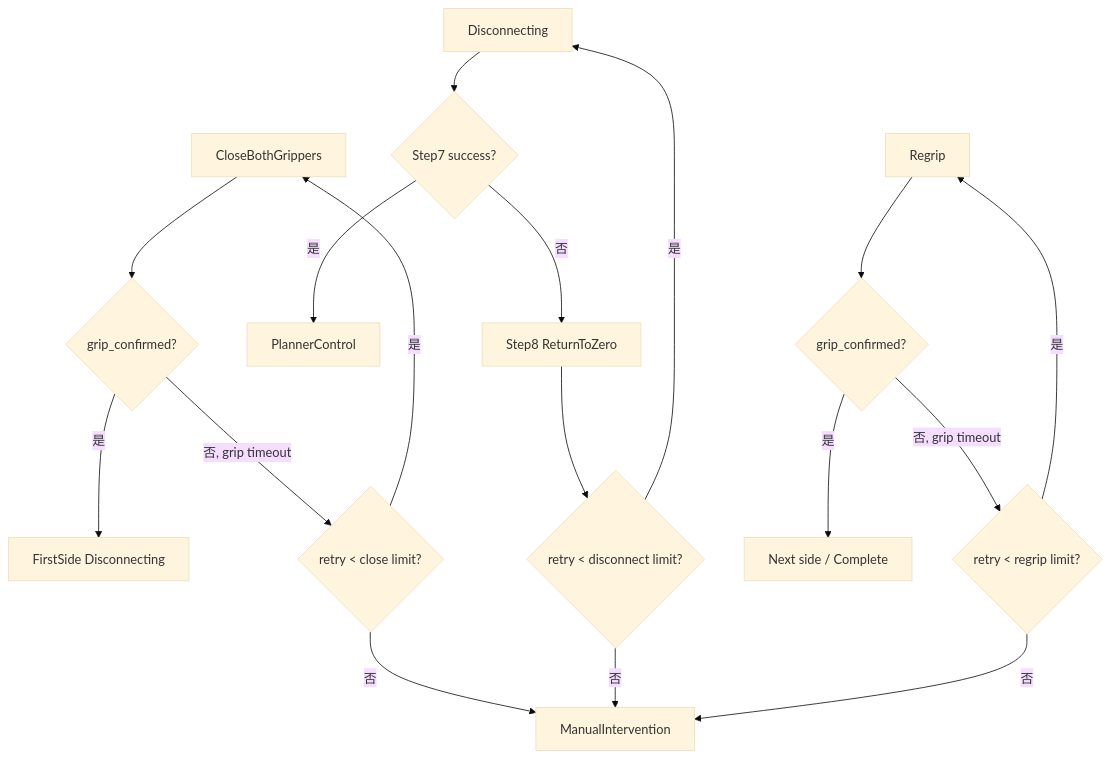
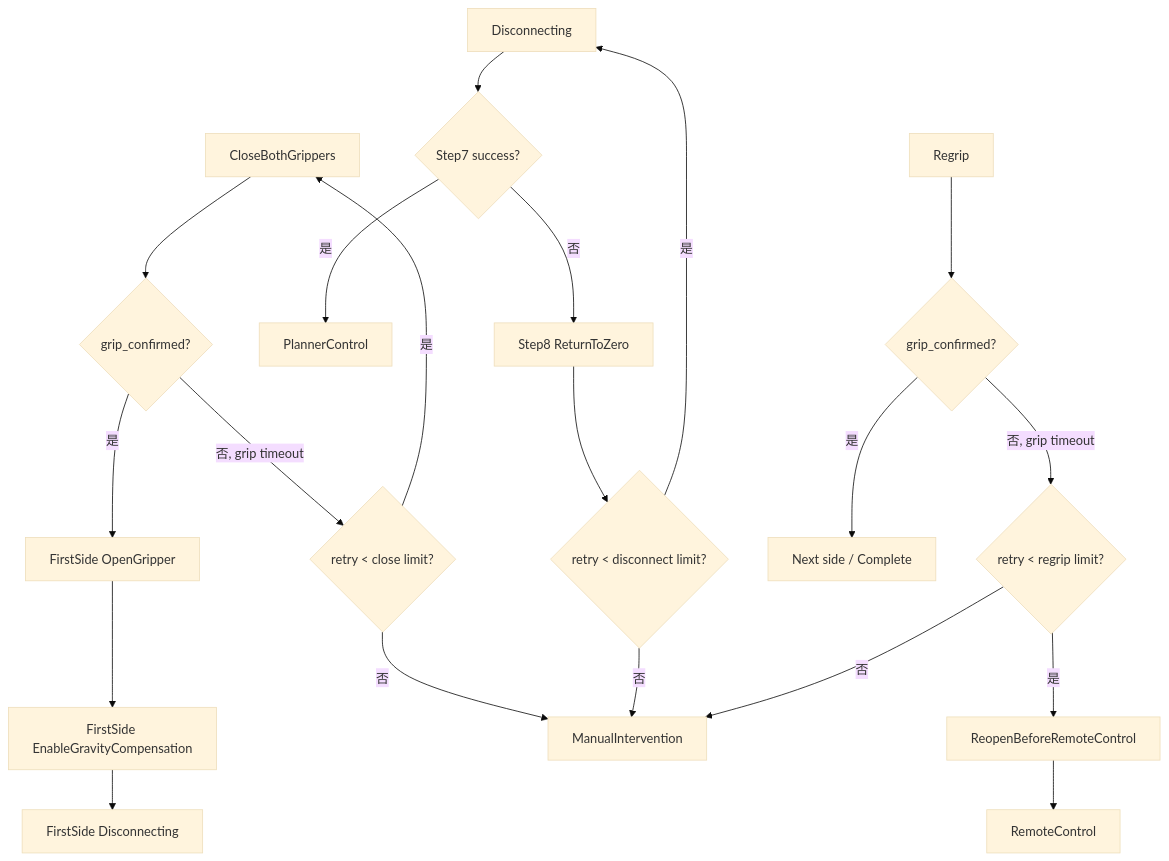
The seventh of 12 diagrams in b29_controllers/b29_smc_auto_controller/OBSTACLE_CROSSING_WORKFLOW.md (major173/b29_control), drawn with Mermaid (base theme) before and after one commit. The commit also changed other lines of this file and 69 other files, not shown here.

````diff
--- a/b29_controllers/b29_smc_auto_controller/OBSTACLE_CROSSING_WORKFLOW.md
+++ b/b29_controllers/b29_smc_auto_controller/OBSTACLE_CROSSING_WORKFLOW.md
@@ -167,21 +171,24 @@
 ```mermaid
 flowchart TD
   C["CloseBothGrippers"] --> C1{"grip_confirmed?"}
-  C1 -- 是 --> FD["FirstSide Disconnecting"]
+  C1 -- 是 --> FO["FirstSide OpenGripper"]
+  FO --> FG["FirstSide EnableGravityCompensation"]
+  FG --> FD["FirstSide Disconnecting"]
   C1 -- 否, grip timeout --> C2{"retry < close limit?"}
   C2 -- 是 --> C
   C2 -- 否 --> MI["ManualIntervention"]
 
   D["Disconnecting"] --> D1{"Step7 success?"}
   D1 -- 是 --> P["PlannerControl"]
   D1 -- 否 --> Z["Step8 ReturnToZero"]
   Z --> D2{"retry < disconnect limit?"}
   D2 -- 是 --> D
   D2 -- 否 --> MI
 
   R["Regrip"] --> R1{"grip_confirmed?"}
   R1 -- 是 --> N["Next side / Complete"]
   R1 -- 否, grip timeout --> R2{"retry < regrip limit?"}
-  R2 -- 是 --> R
+  R2 -- 是 --> RO["ReopenBeforeRemoteControl"]
+  RO --> RC["RemoteControl"]
   R2 -- 否 --> MI
 ```
````
